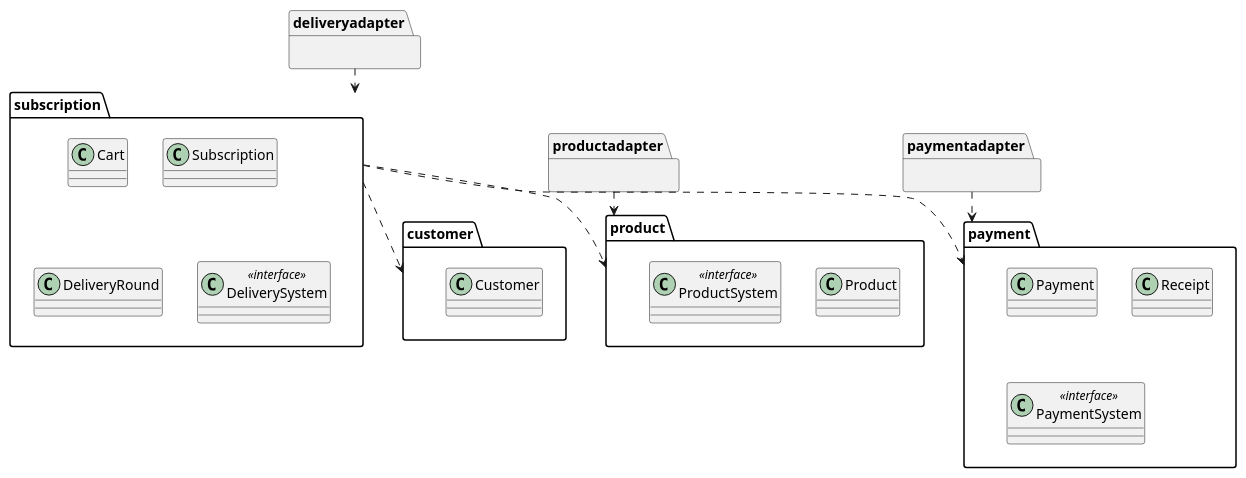
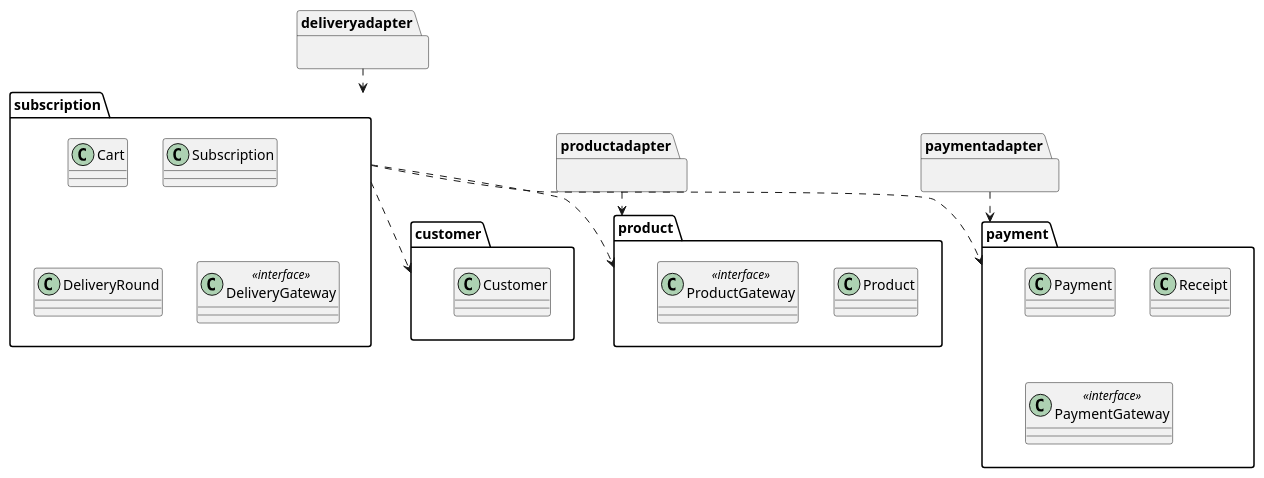
Before and after one commit to YoungSan77/TrainingMaterials: diagram 17 of 17 in courses/ooad/sessions/s05.md, drawn with PlantUML. The commit also changed other lines of this file and 154 other files, not shown here.

````diff
--- a/courses/ooad/sessions/s05.md
+++ b/courses/ooad/sessions/s05.md
@@ -1136,34 +1060,34 @@
 ```plantuml:package
 @startuml
 package "customer" as C {
   class "Customer" as Customer
 }
 package "subscription" as S {
   class "Cart" as Cart
   class "Subscription" as Sub
   class "DeliveryRound" as Round
-  class "DeliverySystem" as DSI <<interface>>
+  class "DeliveryGateway" as DSI <<interface>>
 }
 package "product" as P {
   class "Product" as Product
-  class "ProductSystem" as PSI <<interface>>
+  class "ProductGateway" as PSI <<interface>>
 }
 package "payment" as Pay {
   class "Payment" as Payment
   class "Receipt" as Receipt
-  class "PaymentSystem" as PXI <<interface>>
+  class "PaymentGateway" as PXI <<interface>>
 }
 package "productadapter" as PI {
 }
 package "paymentadapter" as PayI {
 }
 package "deliveryadapter" as DI {
 }
 S ..> C
 S ..> P
 S ..> Pay
 PI ..> P
 PayI ..> Pay
 DI ..> S
 @enduml
 ```
````
